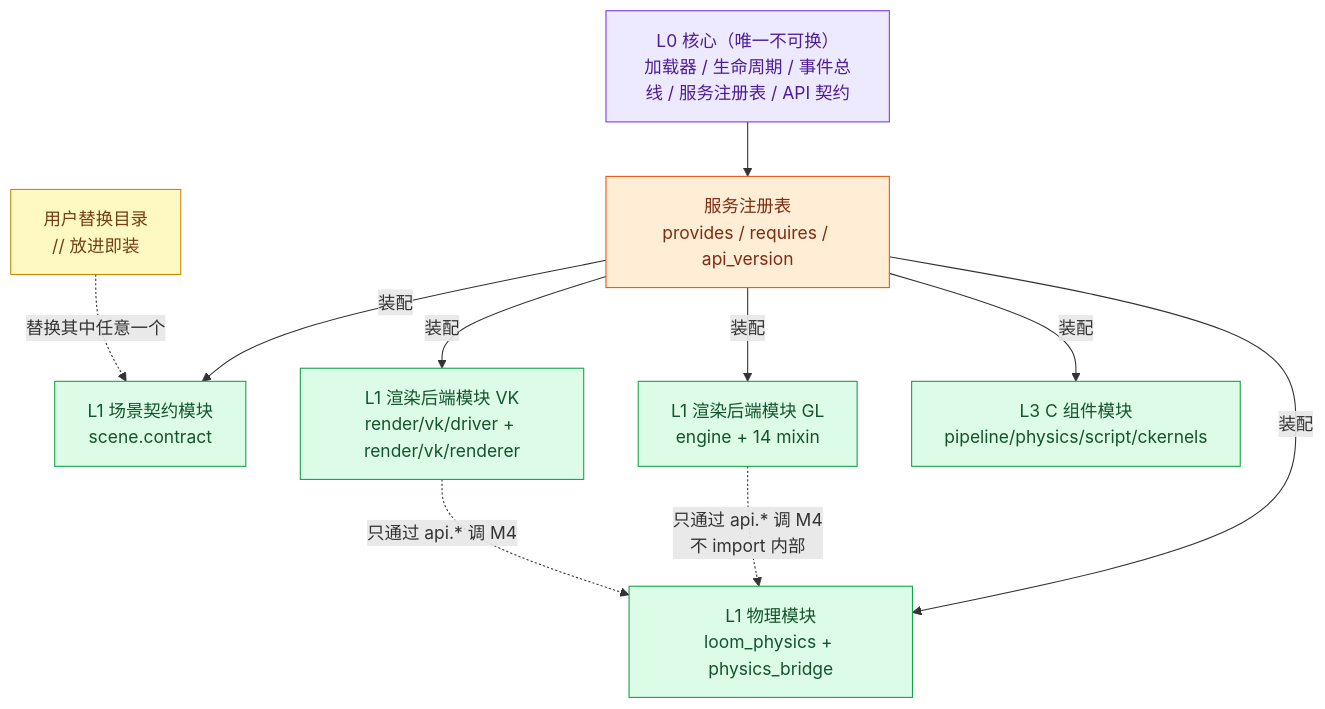
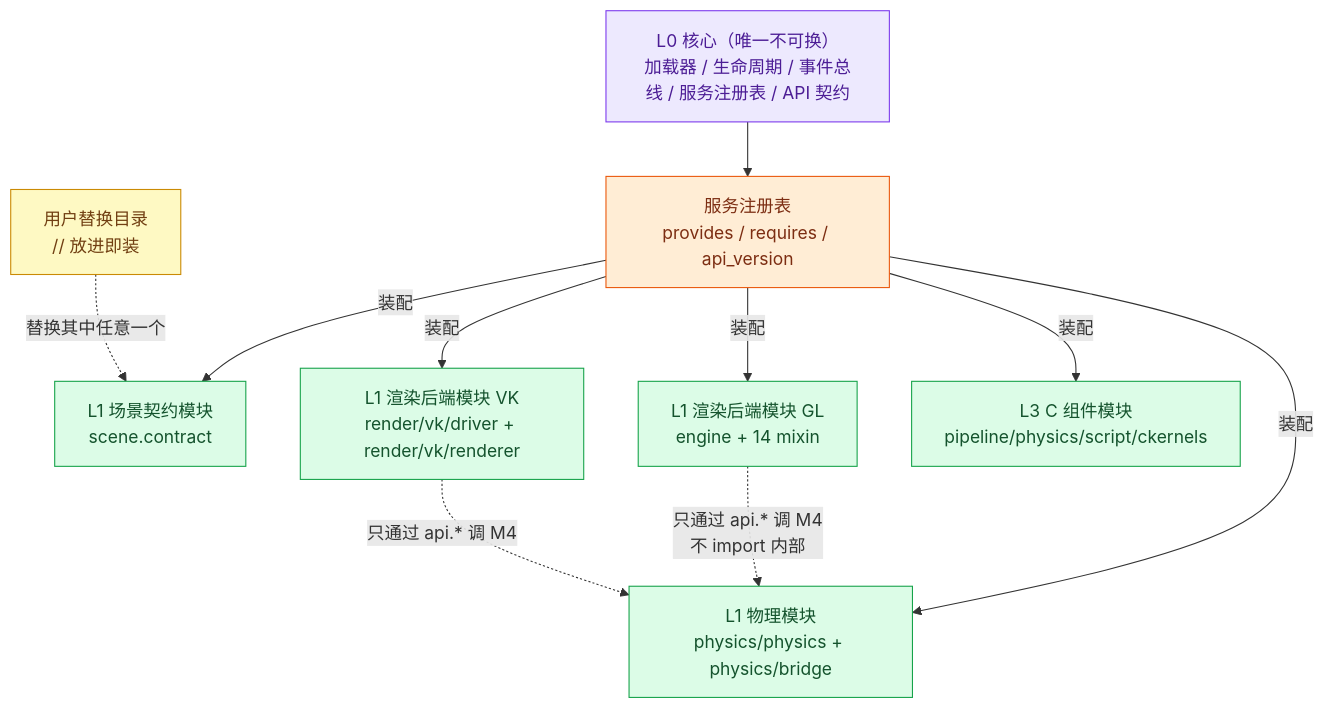
Before and after one commit to lhy302/WeaveEngine: diagram 20 of 23 in ARCHITECTURE.md, drawn with Mermaid. The commit also changed other lines of this file and 102 other files, not shown here.

````diff
--- a/ARCHITECTURE.md
+++ b/ARCHITECTURE.md
@@ -971,24 +972,24 @@
 ```mermaid
 flowchart TB
   CORE["L0 核心（唯一不可换）<br/>加载器 / 生命周期 / 事件总线 / 服务注册表 / API 契约"]:::core
   REG["服务注册表<br/>provides / requires / api_version"]:::contract
   M1["L1 场景契约模块<br/>scene.contract"]:::mod
   M2["L1 渲染后端模块 GL<br/>engine + 14 mixin"]:::mod
   M3["L1 渲染后端模块 VK<br/>render/vk/driver + render/vk/renderer"]:::mod
-  M4["L1 物理模块<br/>loom_physics + physics_bridge"]:::mod
+  M4["L1 物理模块<br/>physics/physics + physics/bridge"]:::mod
   M5["L3 C 组件模块<br/>pipeline/physics/script/ckernels"]:::mod
   U["用户替换目录<br/><modules>/<id>/ 放进即装"]:::user
   CORE --> REG
   REG -->|装配| M1
   REG -->|装配| M2
   REG -->|装配| M3
   REG -->|装配| M4
   REG -->|装配| M5
   U -.->|替换其中任意一个| M1
   M2 -.->|只通过 api.* 调 M4<br/>不 import 内部| M4
   M3 -.->|只通过 api.* 调 M4| M4
   classDef core fill:#ede9fe,stroke:#7c3aed,color:#4c1d95
   classDef contract fill:#ffedd5,stroke:#ea580c,color:#7c2d12
   classDef mod fill:#dcfce7,stroke:#16a34a,color:#14532d
   classDef user fill:#fef9c3,stroke:#ca8a04,color:#713f12
 ```
````
